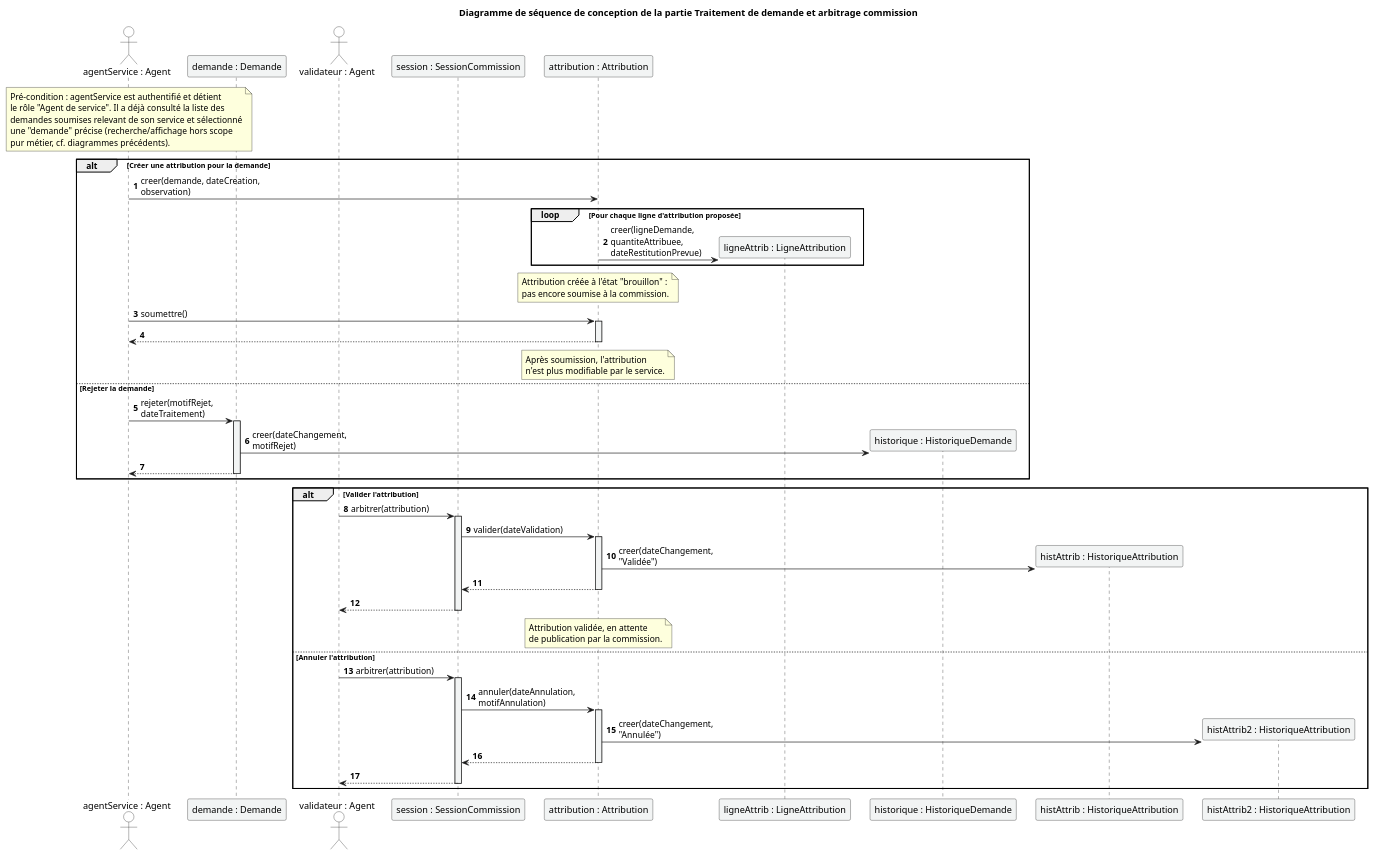
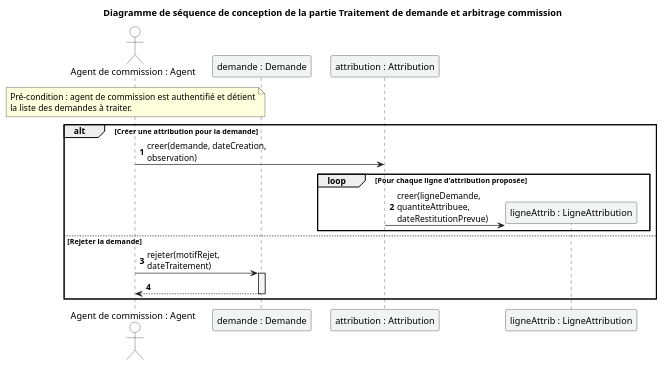
One commit to marasse-codec/ORYZAPP changed the diagram in docs/sequences/conception/C_seq12.puml. Above: the diagram before and after it, drawn with PlantUML. The commit also changed 242 other files, not shown here.

Commit message:
Dashbord et Charts

```diff
--- a/docs/sequences/conception/C_seq12.puml
+++ b/docs/sequences/conception/C_seq12.puml
@@ -1,124 +1,60 @@
 @startuml seq_octroi_traitement_conception
 title Diagramme de séquence de conception de la partie Traitement de demande et arbitrage commission
 
 skinparam shadowing false
 skinparam defaultFontName "Segoe UI", sans-serif
 skinparam backgroundColor #FFFFFF
 skinparam maxMessageSize 200
 skinparam ParticipantPadding 10
 
 skinparam actor {
     BackgroundColor #FFFFFF
     BorderColor #1A1A1A
 }
 
 skinparam participant {
     BackgroundColor #F2F4F4
     BorderColor #1A1A1A
     FontColor #000000
 }
 
 skinparam sequence {
     ArrowColor #1A1A1A
     LifeLineBorderColor #1A1A1A
     LifeLineBackgroundColor #F2F4F4
 }
 
 autonumber
 
-actor "agentService : Agent" as AgtService
+actor "Agent de commission : Agent" as AgtCommission
+
 participant "demande : Demande" as Demande
 participant "attribution : Attribution" as Attrib
-actor "validateur : Agent" as Val
-participant "session : SessionCommission" as Session
 
-note over AgtService
-  Pré-condition : agentService est authentifié et détient
-  le rôle "Agent de service". Il a déjà consulté la liste des
-  demandes soumises relevant de son service et sélectionné
-  une "demande" précise (recherche/affichage hors scope
-  pur métier, cf. diagrammes précédents).
+note over AgtCommission
+  Pré-condition : agent de commission est authentifié et détient
+  la liste des demandes à traiter.
 end note
 
 ' ============================================================
 ' 1. Décision de l'agent de service sur la demande sélectionnée
 ' ============================================================
 alt Créer une attribution pour la demande
 
     create participant "attribution : Attribution" as Attrib
-    AgtService -> Attrib : creer(demande, dateCreation, observation)
+    AgtCommission -> Attrib : creer(demande, dateCreation, observation)
 
     loop Pour chaque ligne d'attribution proposée
         create participant "ligneAttrib : LigneAttribution" as LigneAttrib
         Attrib -> LigneAttrib : creer(ligneDemande, quantiteAttribuee, dateRestitutionPrevue)
     end
 
-    note over Attrib
-      Attribution créée à l'état "brouillon" :
-      pas encore soumise à la commission.
-    end note
-
-    ' --------------------------------------------------------
-    ' 2. Soumission de l'attribution par l'agent de service
-    ' --------------------------------------------------------
-    AgtService -> Attrib : soumettre()
-    activate Attrib
-    Attrib --> AgtService
-    deactivate Attrib
-
-    note over Attrib
-      Après soumission, l'attribution
-      n'est plus modifiable par le service.
-    end note
-
 else Rejeter la demande
 
-    AgtService -> Demande : rejeter(motifRejet, dateTraitement)
+    AgtCommission -> Demande : rejeter(motifRejet, dateTraitement)
     activate Demande
-    create participant "historique : HistoriqueDemande" as HistDemande
-    Demande -> HistDemande : creer(dateChangement, motifRejet)
-    Demande --> AgtService
+    Demande --> AgtCommission
     deactivate Demande
 
 end
-
-' ============================================================
-' 3. Arbitrage par la commission (Validateur)
-' Pré-condition : une session de commission est déjà ouverte
-' (création hors scope de ce diagramme) et le Validateur a
-' consulté les attributions soumises relevant de son périmètre.
-' ============================================================
-alt Valider l'attribution
-
-    Val -> Session : arbitrer(attribution)
-    activate Session
-    Session -> Attrib : valider(dateValidation)
-    activate Attrib
-    create participant "histAttrib : HistoriqueAttribution" as HistAttrib
-    Attrib -> HistAttrib : creer(dateChangement, "Validée")
-    Attrib --> Session
-    deactivate Attrib
-    Session --> Val
-    deactivate Session
-
-    note over Attrib
-      Attribution validée, en attente
-      de publication par la commission.
-    end note
-
-else Annuler l'attribution
-
-    Val -> Session : arbitrer(attribution)
-    activate Session
-    Session -> Attrib : annuler(dateAnnulation, motifAnnulation)
-    activate Attrib
-    create participant "histAttrib2 : HistoriqueAttribution" as HistAttrib2
-    Attrib -> HistAttrib2 : creer(dateChangement, "Annulée")
-    Attrib --> Session
-    deactivate Attrib
-    Session --> Val
-    deactivate Session
-
-end
-
 @enduml
```
